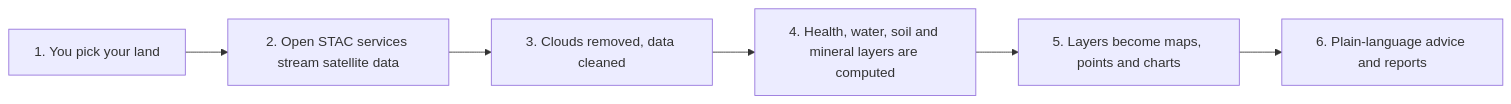
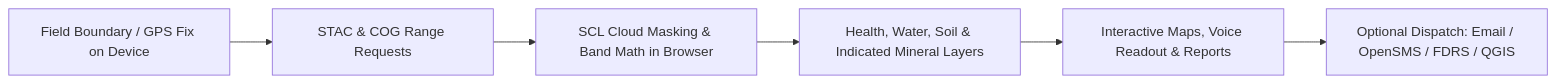
Before and after one commit to virahitvin8/seva-gis: the diagram in README.md, drawn with Mermaid. The commit also changed other lines of this file and 125 other files, not shown here.

````diff
--- a/README.md
+++ b/README.md
@@ -82,8 +72,8 @@
 ```mermaid
 flowchart LR
-  A[1. You pick your land] --> B[2. Open STAC services stream satellite data]
-  B --> C[3. Clouds removed, data cleaned]
-  C --> D[4. Health, water, soil and mineral layers are computed]
-  D --> E[5. Layers become maps, points and charts]
-  E --> F[6. Plain-language advice and reports]
+  U[Field Boundary / GPS Fix on Device] --> S[STAC & COG Range Requests]
+  S --> C[SCL Cloud Masking & Band Math in Browser]
+  C --> A[Health, Water, Soil & Indicated Mineral Layers]
+  A --> O[Interactive Maps, Voice Readout & Reports]
+  O --> D[Optional Dispatch: Email / OpenSMS / FDRS / QGIS]
 ```
````
